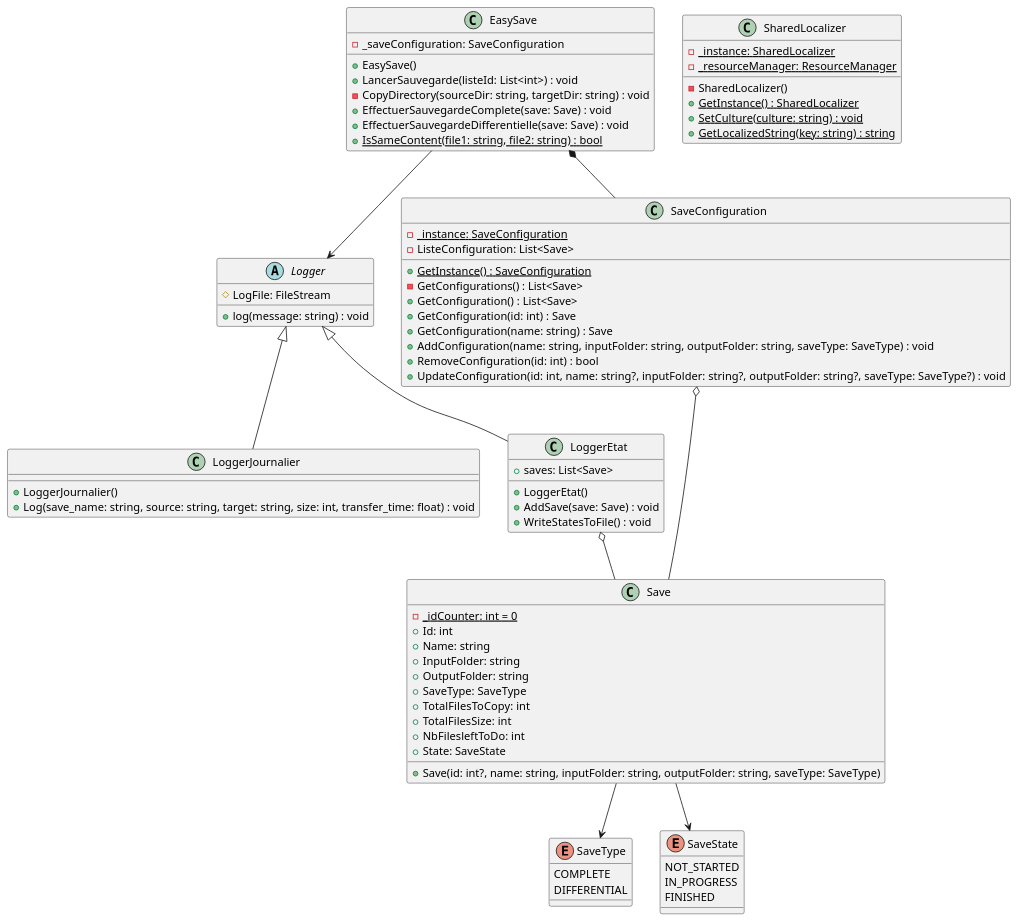
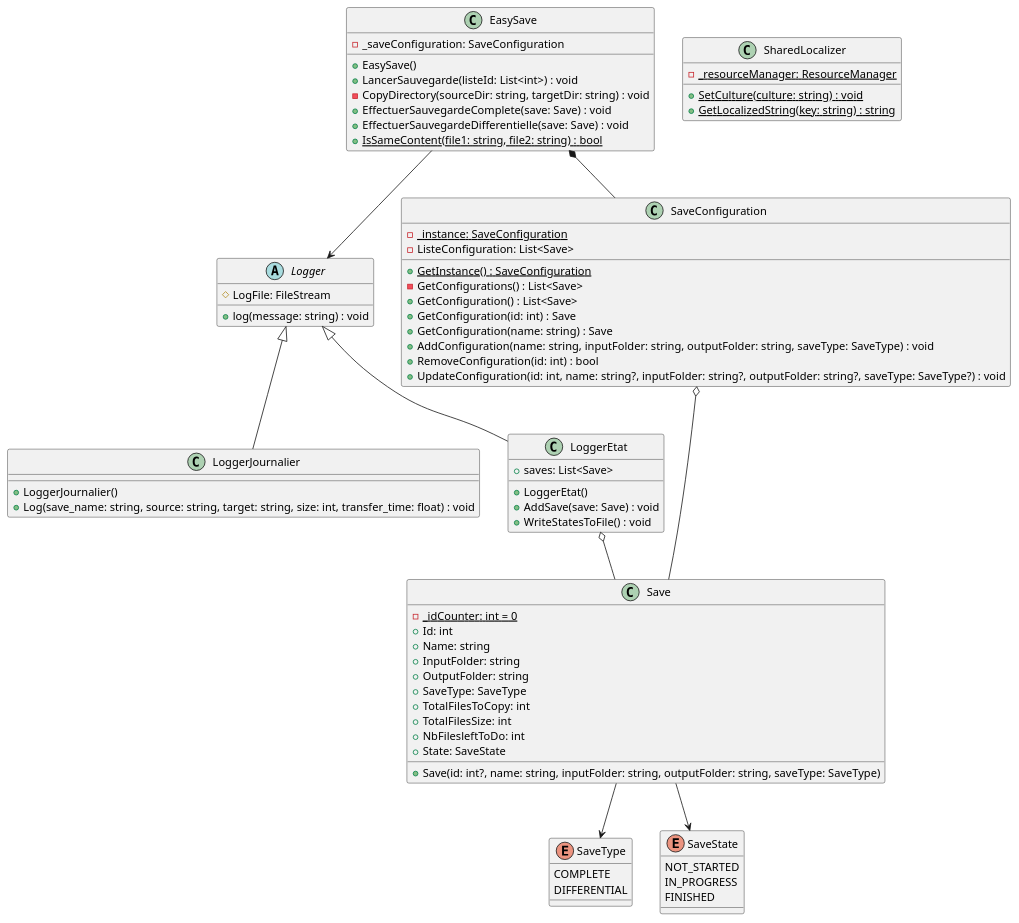
The diagram in UML/ClassDiagram.plantuml (Melvin-Menanteau/EasySave), drawn with PlantUML before and after one commit.

Commit message:
fix (SharedLocalizer): update UML according to SharedLocalizer changes

```diff
--- a/UML/ClassDiagram.plantuml
+++ b/UML/ClassDiagram.plantuml
@@ -1,85 +1,81 @@
 @startuml Diagramme de classe
 abstract class Logger {
     #LogFile: FileStream
     +log(message: string) : void
 }
 
 Logger <|-- LoggerJournalier
-Logger <|-- LoggerEtat
-
 class LoggerJournalier {
     +LoggerJournalier()
     +Log(save_name: string, source: string, target: string, size: int, transfer_time: float) : void
 }
 
+Logger <|-- LoggerEtat
 LoggerEtat o-- Save
 class LoggerEtat {
     +saves: List<Save>
     +LoggerEtat()
     +AddSave(save: Save) : void
     +WriteStatesToFile() : void
 }
 
 EasySave *-- SaveConfiguration
 EasySave --> Logger
 class EasySave {
     -_saveConfiguration: SaveConfiguration
     +EasySave()
     +LancerSauvegarde(listeId: List<int>) : void
     -CopyDirectory(sourceDir: string, targetDir: string) : void
     +EffectuerSauvegardeComplete(save: Save) : void
     +EffectuerSauvegardeDifferentielle(save: Save) : void
     {static}+IsSameContent(file1: string, file2: string) : bool
 }
 
 SaveConfiguration o-- Save
 class SaveConfiguration {
 	{static}-_instance: SaveConfiguration
 	-ListeConfiguration: List<Save>
 	{static}+GetInstance() : SaveConfiguration
 	-GetConfigurations() : List<Save>
 	+GetConfiguration() : List<Save>
 	+GetConfiguration(id: int) : Save
 	+GetConfiguration(name: string) : Save
 	+AddConfiguration(name: string, inputFolder: string, outputFolder: string, saveType: SaveType) : void
 	+RemoveConfiguration(id: int) : bool
 	+UpdateConfiguration(id: int, name: string?, inputFolder: string?, outputFolder: string?, saveType: SaveType?) : void
 }
 
 enum SaveType {
   COMPLETE
   DIFFERENTIAL
 }
 
 enum SaveState {
   NOT_STARTED
   IN_PROGRESS
   FINISHED
 }
 
 Save --> SaveType
 Save --> SaveState
 class Save {
 	{static}-_idCounter: int = 0
 	+Id: int
 	+Name: string
 	+InputFolder: string
 	+OutputFolder: string
 	+SaveType: SaveType
 	+TotalFilesToCopy: int
 	+TotalFilesSize: int
 	+NbFilesleftToDo: int
 	+State: SaveState
 	+Save(id: int?, name: string, inputFolder: string, outputFolder: string, saveType: SaveType)
 
 }
 
 class SharedLocalizer {
-	{static}-_instance: SharedLocalizer
 	{static}-_resourceManager: ResourceManager
-	-SharedLocalizer()
-	{static}+GetInstance() : SharedLocalizer
 	{static}+SetCulture(culture: string) : void
 	{static}+GetLocalizedString(key: string) : string
 }
 @enduml
```
